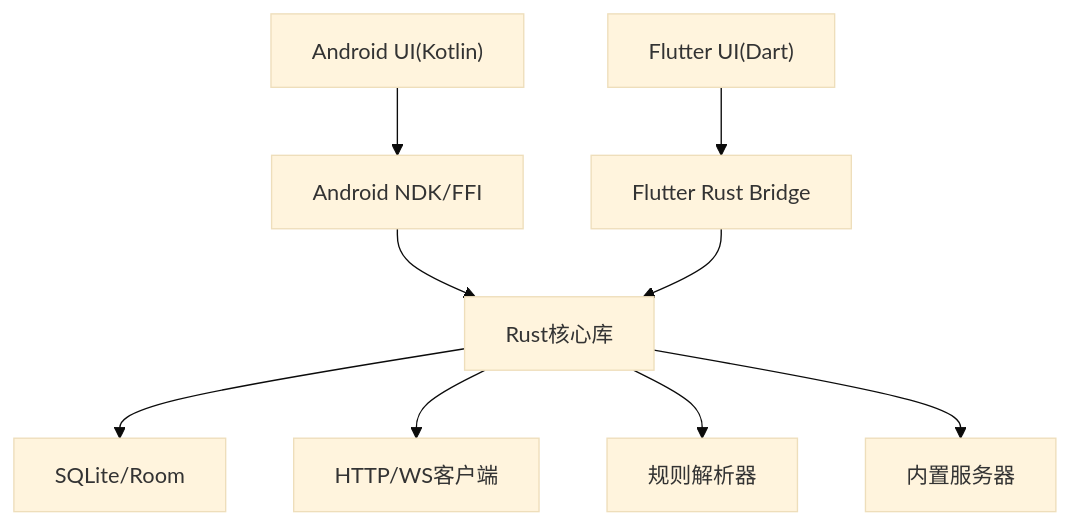
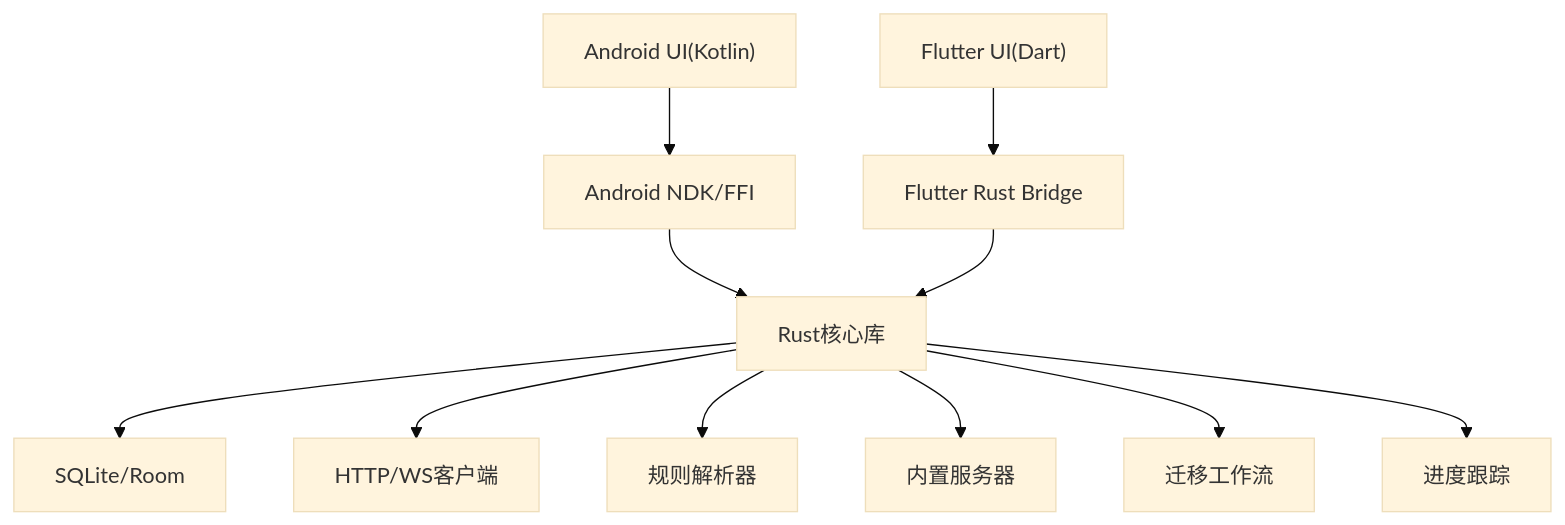
One commit to ZhangGHGitHub/LegadoTeamFlutter changed the second of 9 diagrams in .qoder/repowiki/zh/content/开发指南/开发指南.md. Above: the diagram before and after it, drawn with Mermaid (base theme). The commit also changed other lines of this file and 58 other files, not shown here.

````diff
--- a/.qoder/repowiki/zh/content/开发指南/开发指南.md
+++ b/.qoder/repowiki/zh/content/开发指南/开发指南.md
@@ -111,20 +138,24 @@
 ```mermaid
 graph TB
 UI_Android["Android UI(Kotlin)"]
 UI_Flutter["Flutter UI(Dart)"]
 Bridge_FRB["Flutter Rust Bridge"]
 Bridge_ADB["Android NDK/FFI"]
 Core_Rust["Rust核心库"]
 DB_SQLite["SQLite/Room"]
 Net_HTTP["HTTP/WS客户端"]
 Parser["规则解析器"]
 Server["内置服务器"]
+Migration["迁移工作流"]
+Progress["进度跟踪"]
 UI_Android --> Bridge_ADB
 UI_Flutter --> Bridge_FRB
 Bridge_ADB --> Core_Rust
 Bridge_FRB --> Core_Rust
 Core_Rust --> DB_SQLite
 Core_Rust --> Net_HTTP
 Core_Rust --> Parser
 Core_Rust --> Server
+Core_Rust --> Migration
+Core_Rust --> Progress
 ```
````
